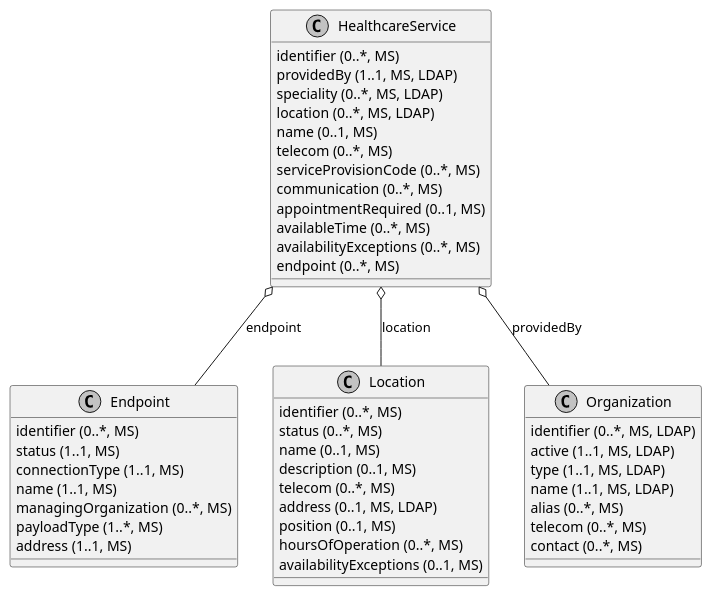
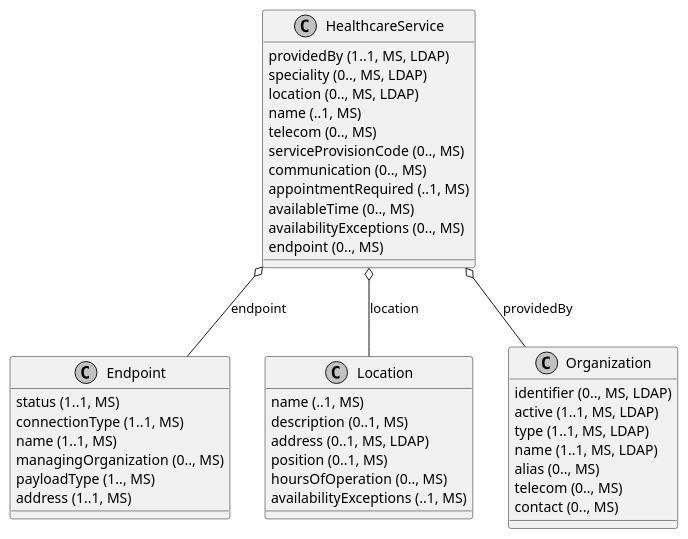
The diagram in src/plantuml/ClassDiagram.HealthcareService.puml (gematik/api-vzd), drawn with PlantUML before and after one commit. The commit also changed 97 other files, not shown here.

```diff
--- a/src/plantuml/ClassDiagram.HealthcareService.puml
+++ b/src/plantuml/ClassDiagram.HealthcareService.puml
@@ -1,51 +1,46 @@
 @startuml ClassDiagram.HealthcareService
 skinparam monochrome true
 class HealthcareService {
-  {field} identifier (0..*, MS)
   {field} providedBy (1..1, MS, LDAP)
-  {field} speciality (0..*, MS, LDAP)
-  {field} location (0..*, MS, LDAP)
-  {field} name (0..1, MS)
-  {field} telecom (0..*, MS)
-  {field} serviceProvisionCode (0..*, MS)
-  {field} communication (0..*, MS)
-  {field} appointmentRequired (0..1, MS)
-  {field} availableTime (0..*, MS)
-  {field} availabilityExceptions (0..*, MS)
-  {field} endpoint (0..*, MS)
+  {field} speciality (0.., MS, LDAP)
+  {field} location (0.., MS, LDAP)
+  {field} name (..1, MS)
+  {field} telecom (0.., MS)
+  {field} serviceProvisionCode (0.., MS)
+  {field} communication (0.., MS)
+  {field} appointmentRequired (..1, MS)
+  {field} availableTime (0.., MS)
+  {field} availabilityExceptions (0.., MS)
+  {field} endpoint (0.., MS)
 }
 class Endpoint {
-  {field} identifier (0..*, MS)
   {field} status (1..1, MS)
   {field} connectionType (1..1, MS)
   {field} name (1..1, MS)
-  {field} managingOrganization (0..*, MS)
-  {field} payloadType (1..*, MS)
+  {field} managingOrganization (0.., MS)
+  {field} payloadType (1.., MS)
   {field} address (1..1, MS)
 }
 class Location {
-  {field} identifier (0..*, MS)
-  {field} status (0..*, MS)
-  {field} name (0..1, MS)
+  {field} name (..1, MS)
   {field} description (0..1, MS)
-  {field} telecom (0..*, MS)
   {field} address (0..1, MS, LDAP)
   {field} position (0..1, MS)
-  {field} hoursOfOperation (0..*, MS)
-  {field} availabilityExceptions (0..1, MS)
+  {field} hoursOfOperation (0.., MS)
+  {field} availabilityExceptions (..1, MS)
 }
 class Organization {
-  {field} identifier (0..*, MS, LDAP)
+  {field} identifier (0.., MS, LDAP)
   {field} active (1..1, MS, LDAP)
   {field} type (1..1, MS, LDAP)
   {field} name (1..1, MS, LDAP)
-  {field} alias (0..*, MS)
-  {field} telecom (0..*, MS)
-  {field} contact (0..*, MS)
+  {field} alias (0.., MS)
+  {field} telecom (0.., MS)
+  {field} contact (0.., MS)
 }
 
 HealthcareService o-- Organization: providedBy
 HealthcareService o-- Endpoint: endpoint
 HealthcareService o-- Location: location
 
 @enduml
```
